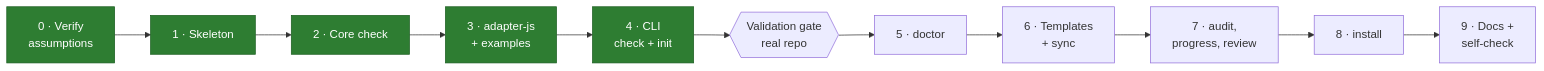
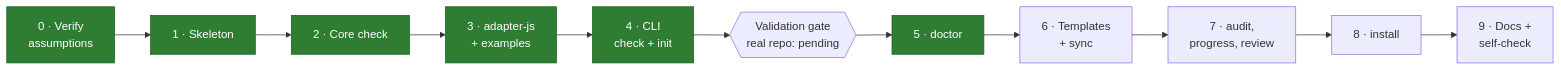
The tenth of 10 diagrams in README.md (fredarcito/reins), drawn with Mermaid before and after one commit. The commit also changed other lines of this file and 13 other files, not shown here.

````diff
--- a/README.md
+++ b/README.md
@@ -340,8 +396,8 @@
 ```mermaid
 flowchart LR
     p0["0 · Verify<br/>assumptions"]:::done --> p1["1 · Skeleton"]:::done
     p1 --> p2["2 · Core check"]:::done --> p3["3 · adapter-js<br/>+ examples"]:::done --> p4["4 · CLI<br/>check + init"]:::done
-    p4 --> gate{{"Validation gate<br/>real repo"}}
-    gate --> p5["5 · doctor"] --> p6["6 · Templates<br/>+ sync"] --> p7["7 · audit,<br/>progress, review"] --> p8["8 · install"] --> p9["9 · Docs +<br/>self-check"]
+    p4 --> gate{{"Validation gate<br/>real repo: pending"}}
+    gate --> p5["5 · doctor"]:::done --> p6["6 · Templates<br/>+ sync"] --> p7["7 · audit,<br/>progress, review"] --> p8["8 · install"] --> p9["9 · Docs +<br/>self-check"]
     classDef done fill:#2e7d32,color:#fff,stroke:#1b5e20
 ```
````
